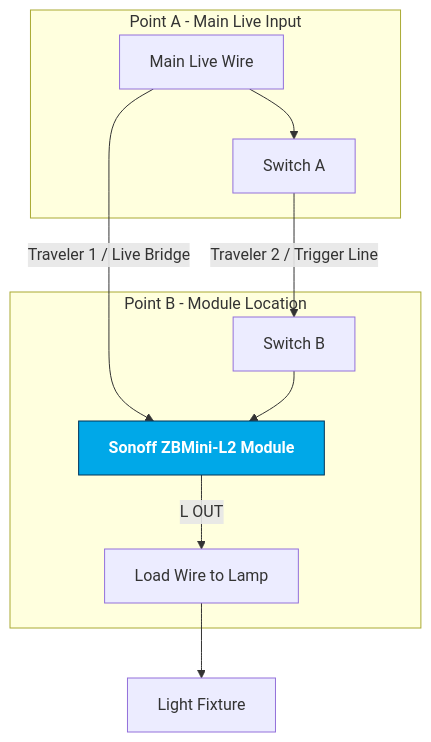
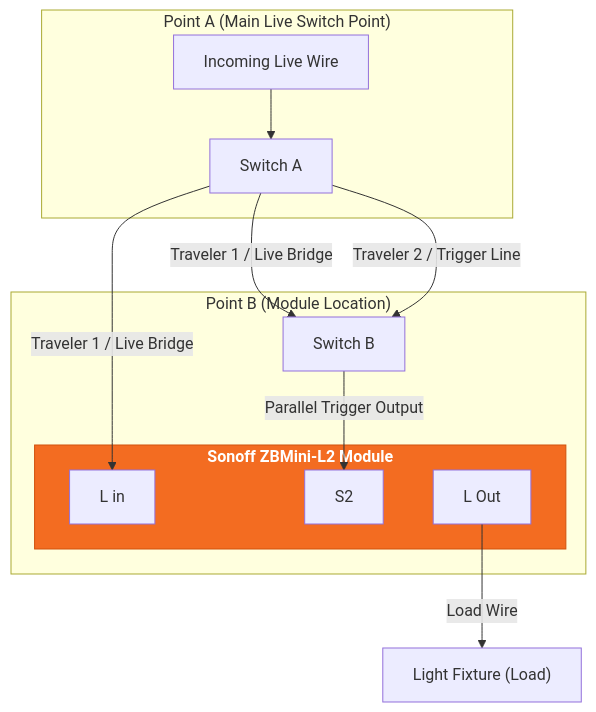
Before and after one commit to zubirjamal/zubirjamal.github.io: the diagram in _posts/2026-07-26-2way-smart-switch-sonoff-zbmini-l2.md, drawn with Mermaid.

Commit message:
Update 2026-07-26-2way-smart-switch-sonoff-zbmini-l2.md
correction on the mermaid diagram

````diff
--- a/_posts/2026-07-26-2way-smart-switch-sonoff-zbmini-l2.md
+++ b/_posts/2026-07-26-2way-smart-switch-sonoff-zbmini-l2.md
@@ -44,31 +44,35 @@
 ```mermaid
 flowchart TD
-    subgraph Point_A [Point A - Main Live Input]
-        L_IN[Main Live Wire]
-        SW_A[Switch A]
+    subgraph Point_A ["Point A (Main Live Switch Point)"]
+        Live_In["Incoming Live Wire"]
+        SW_A["Switch A"]
     end
 
-    subgraph Point_B [Point B - Module Location]
-        L_OUT[Load Wire to Lamp]
-        SW_B[Switch B]
-        ZBMini[Sonoff ZBMini-L2 Module]
+    subgraph Point_B ["Point B (Module Location)"]
+        SW_B["Switch B"]
+        
+        subgraph ZBMini ["Sonoff ZBMini-L2 Module"]
+            L_IN["L in"]
+            S2["S2"]
+            L_OUT["L Out"]
+        end
     end
 
-    LAMP[Light Fixture]
+    Lamp["Light Fixture (Load)"]
 
-    %% Live Connection
-    L_IN -->|Traveler 1 / Live Bridge| ZBMini
-    L_IN --> SW_A
+    %% Live Feed Connections (Red Line / Live Bridge)
+    Live_In --> SW_A
+    SW_A -->|Traveler 1 / Live Bridge| L_IN
+    SW_A -->|Traveler 1 / Live Bridge| SW_B
 
-    %% Switch Trigger Connection
+    %% Switch Trigger Loop (Black Line to S2)
     SW_A -->|Traveler 2 / Trigger Line| SW_B
-    SW_B --> ZBMini
+    SW_B -->|Parallel Trigger Output| S2
 
-    %% Output to Lamp
-    ZBMini -->|L OUT| L_OUT
-    L_OUT --> LAMP
+    %% Load Output
+    L_OUT -->|Load Wire| Lamp
 
-    %% Styling
-    classDef module fill:#00a8e8,stroke:#003459,color:#fff,font-weight:bold;
+    %% Styling (Sonoff Orange)
+    classDef module fill:#F36C21,stroke:#D1520D,color:#fff,font-weight:bold;
     class ZBMini module;
 ```
````
